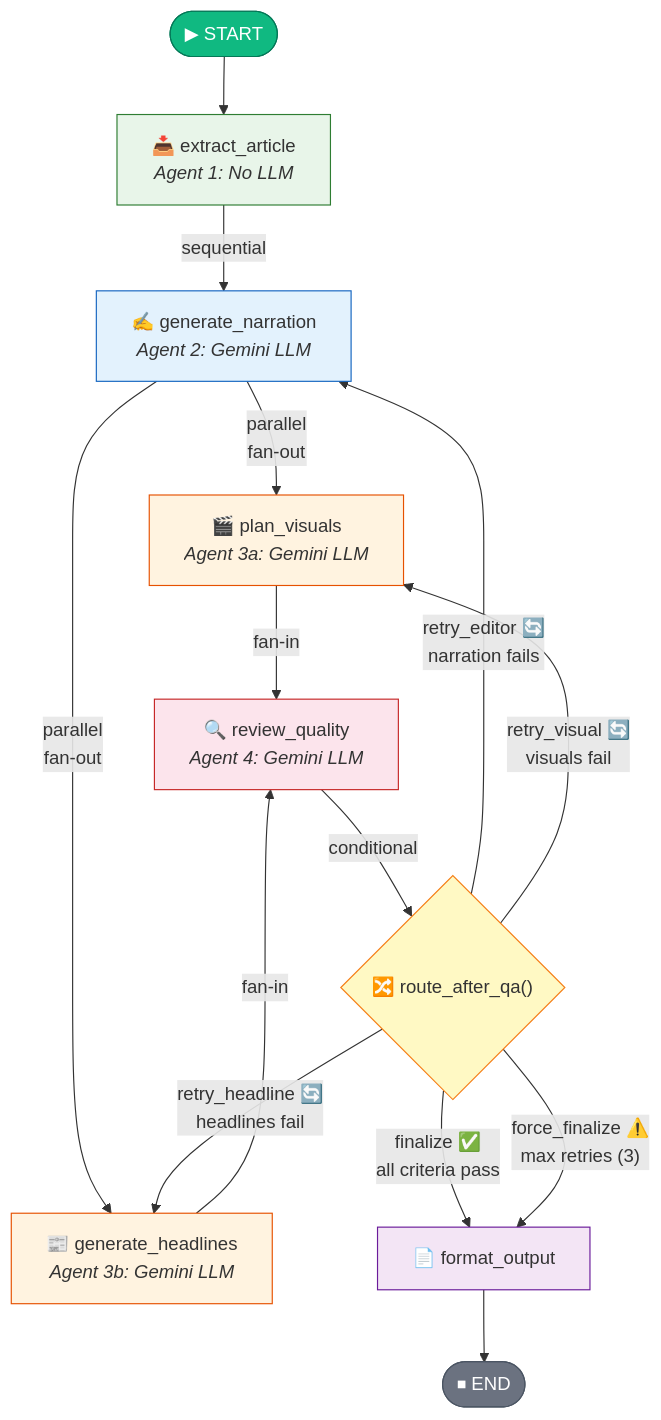
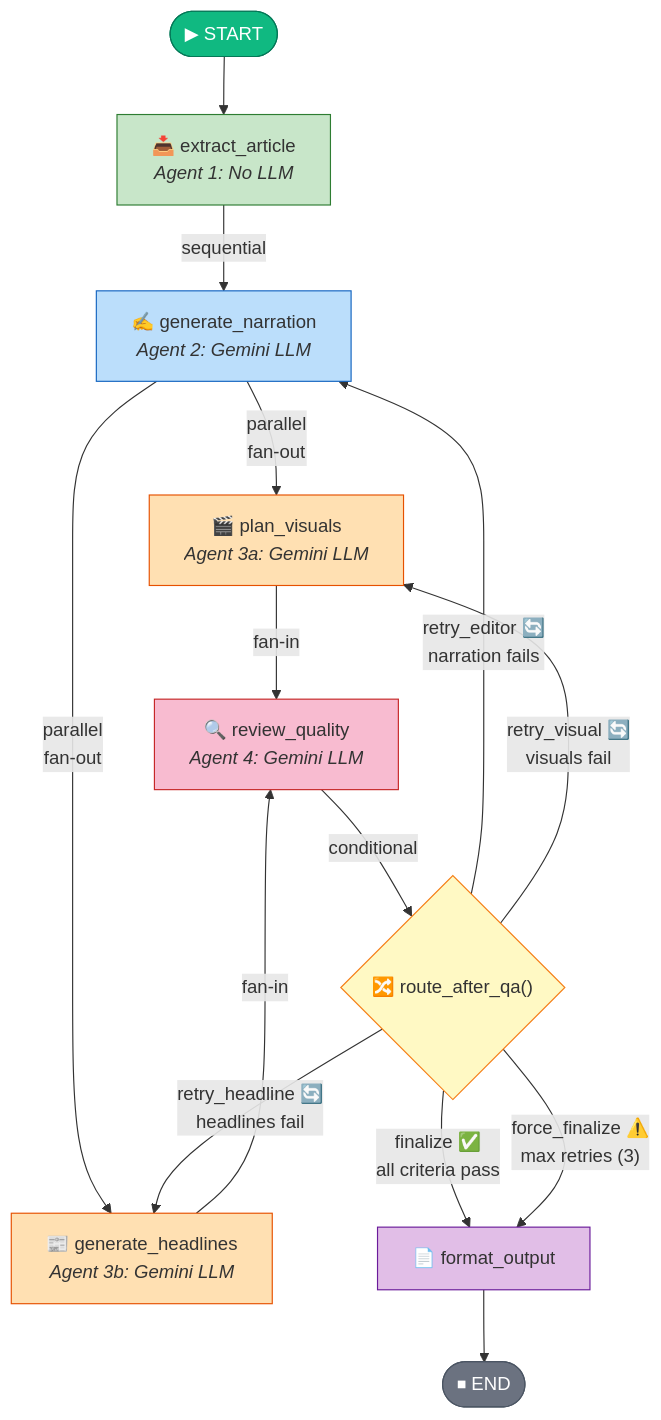
One commit to rohanjain1648/LOQO-AI changed the eighth of 12 diagrams in README.md. Above: the diagram before and after it, drawn with Mermaid. The commit also changed other lines of this file, not shown here.

````diff
--- a/README.md
+++ b/README.md
@@ -499,31 +499,31 @@
 ```mermaid
 graph TD
     START(["▶ START"]) --> EXT["📥 extract_article<br/><i>Agent 1: No LLM</i>"]
     EXT -->|"sequential"| EDIT["✍️ generate_narration<br/><i>Agent 2: Gemini LLM</i>"]
     
     EDIT -->|"parallel<br/>fan-out"| VIS["🎬 plan_visuals<br/><i>Agent 3a: Gemini LLM</i>"]
     EDIT -->|"parallel<br/>fan-out"| HDL["📰 generate_headlines<br/><i>Agent 3b: Gemini LLM</i>"]
     
     VIS -->|"fan-in"| QA["🔍 review_quality<br/><i>Agent 4: Gemini LLM</i>"]
     HDL -->|"fan-in"| QA
     
     QA -->|"conditional"| ROUTER{"🔀 route_after_qa()"}
     
     ROUTER -->|"finalize ✅<br/>all criteria pass"| FMT["📄 format_output"]
     ROUTER -->|"retry_editor 🔄<br/>narration fails"| EDIT
     ROUTER -->|"retry_visual 🔄<br/>visuals fail"| VIS
     ROUTER -->|"retry_headline 🔄<br/>headlines fail"| HDL
     ROUTER -->|"force_finalize ⚠️<br/>max retries (3)"| FMT
     
     FMT --> END_NODE(["⏹ END"])
 
     style START fill:#10b981,stroke:#047857,color:#fff
     style END_NODE fill:#6b7280,stroke:#4b5563,color:#fff
-    style EXT fill:#e8f5e9,stroke:#2e7d32
-    style EDIT fill:#e3f2fd,stroke:#1565c0
-    style VIS fill:#fff3e0,stroke:#e65100
-    style HDL fill:#fff3e0,stroke:#e65100
-    style QA fill:#fce4ec,stroke:#c62828
+    style EXT fill:#c8e6c9,stroke:#2e7d32
+    style EDIT fill:#bbdefb,stroke:#1565c0
+    style VIS fill:#ffe0b2,stroke:#e65100
+    style HDL fill:#ffe0b2,stroke:#e65100
+    style QA fill:#f8bbd0,stroke:#c62828
     style ROUTER fill:#fff9c4,stroke:#f57f17
-    style FMT fill:#f3e5f5,stroke:#6a1b9a
+    style FMT fill:#e1bee7,stroke:#6a1b9a
 ```
````
